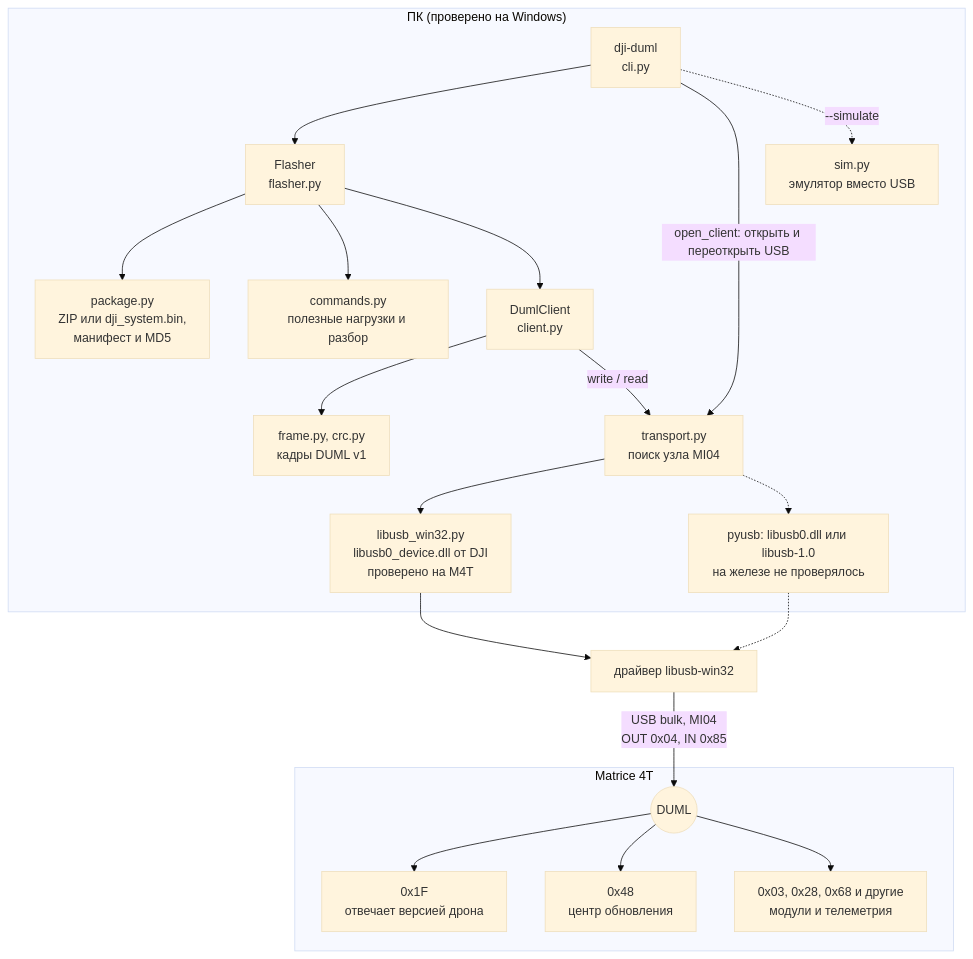
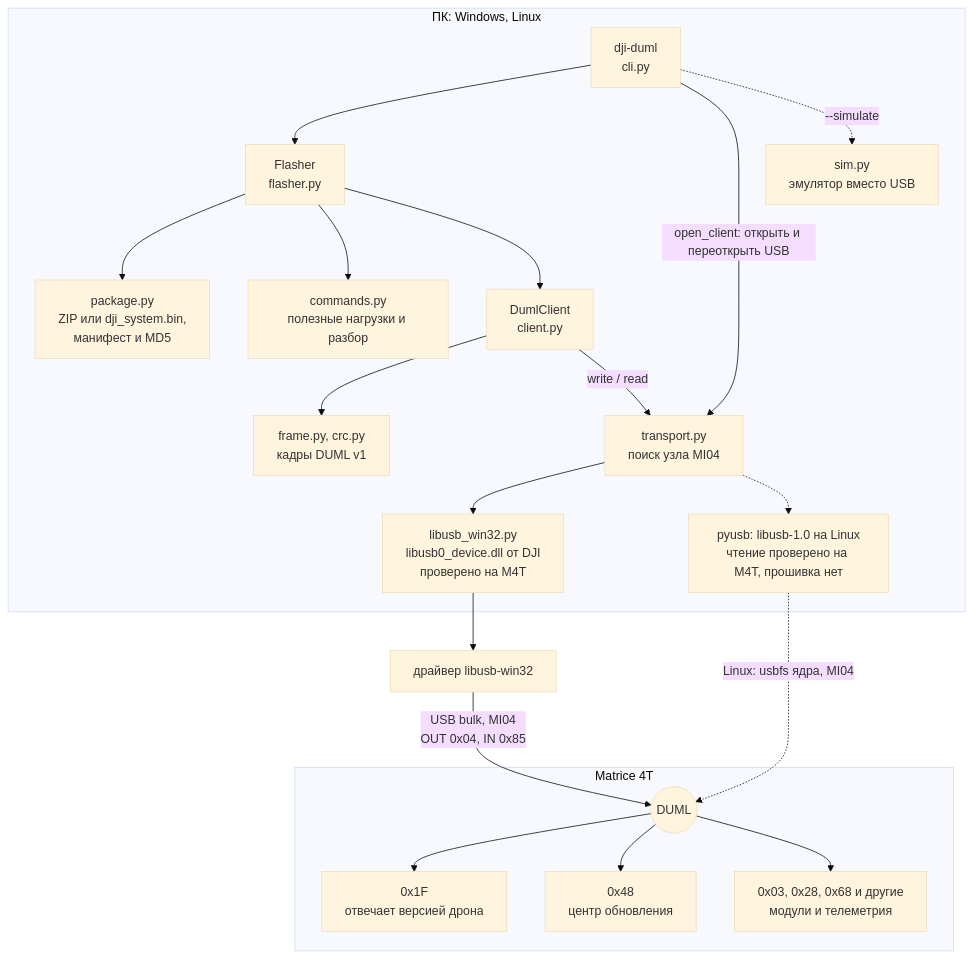
The first of 2 diagrams in README.md (kewl-ua/m4_cli_flasher), drawn with Mermaid (base theme) before and after one commit. The commit also changed other lines of this file and 1 other file, not shown here.

First line of the commit message:
docs: Linux section, reads verified on a Gentoo laptop

````diff
--- a/README.md
+++ b/README.md
@@ -480,24 +567,24 @@
 ```mermaid
 flowchart TB
-    subgraph PC["ПК (проверено на Windows)"]
+    subgraph PC["ПК: Windows, Linux"]
         CLI["dji-duml<br/>cli.py"] --> FL["Flasher<br/>flasher.py"]
         CLI -- "open_client: открыть и переоткрыть USB" --> TR["transport.py<br/>поиск узла MI04"]
         CLI -. "--simulate" .-> SIM["sim.py<br/>эмулятор вместо USB"]
         FL --> PKG["package.py<br/>ZIP или dji_system.bin,<br/>манифест и MD5"]
         FL --> CMD["commands.py<br/>полезные нагрузки и разбор"]
         FL --> CL["DumlClient<br/>client.py"]
         CL --> FR["frame.py, crc.py<br/>кадры DUML v1"]
         CL -- "write / read" --> TR
         TR --> LW["libusb_win32.py<br/>libusb0_device.dll от DJI<br/>проверено на M4T"]
-        TR -.-> PU["pyusb: libusb0.dll или libusb-1.0<br/>на железе не проверялось"]
+        TR -.-> PU["pyusb: libusb-1.0 на Linux<br/>чтение проверено на M4T, прошивка нет"]
     end
     LW --> DRV["драйвер libusb-win32"]
-    PU -.-> DRV
+    PU -. "Linux: usbfs ядра, MI04" .-> R
     DRV -- "USB bulk, MI04<br/>OUT 0x04, IN 0x85" --> R
     subgraph DRONE["Matrice 4T"]
         R(("DUML"))
         R --> FC["0x1F<br/>отвечает версией дрона"]
         R --> UC["0x48<br/>центр обновления"]
         R --> OT["0x03, 0x28, 0x68 и другие<br/>модули и телеметрия"]
     end
 ```
````
